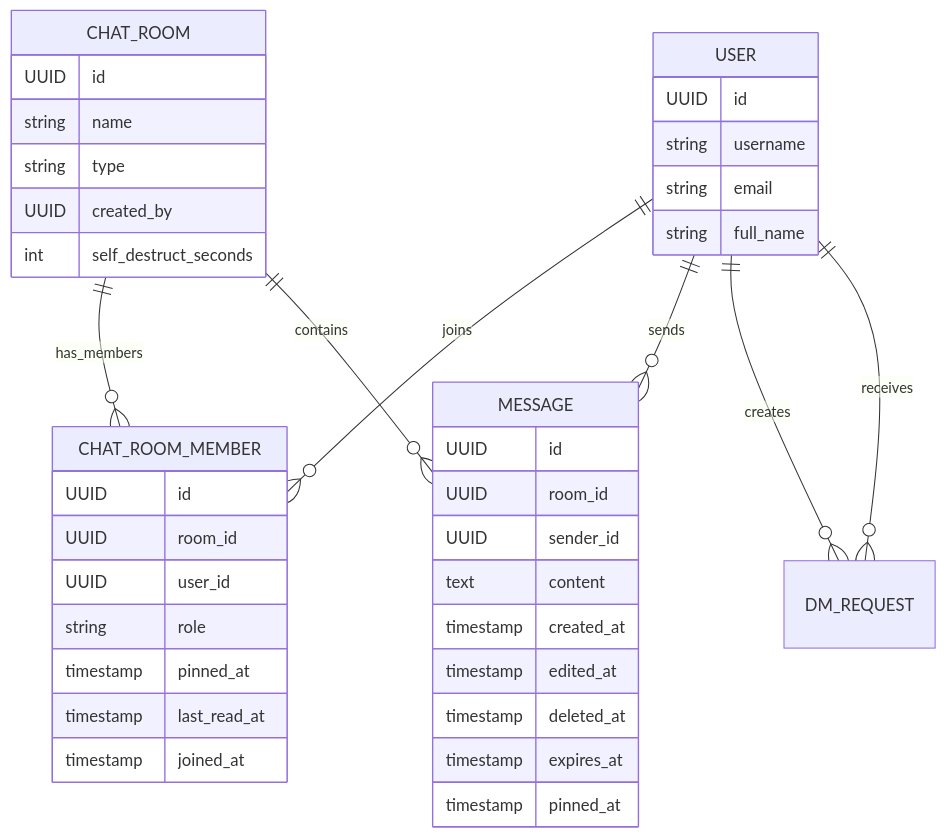
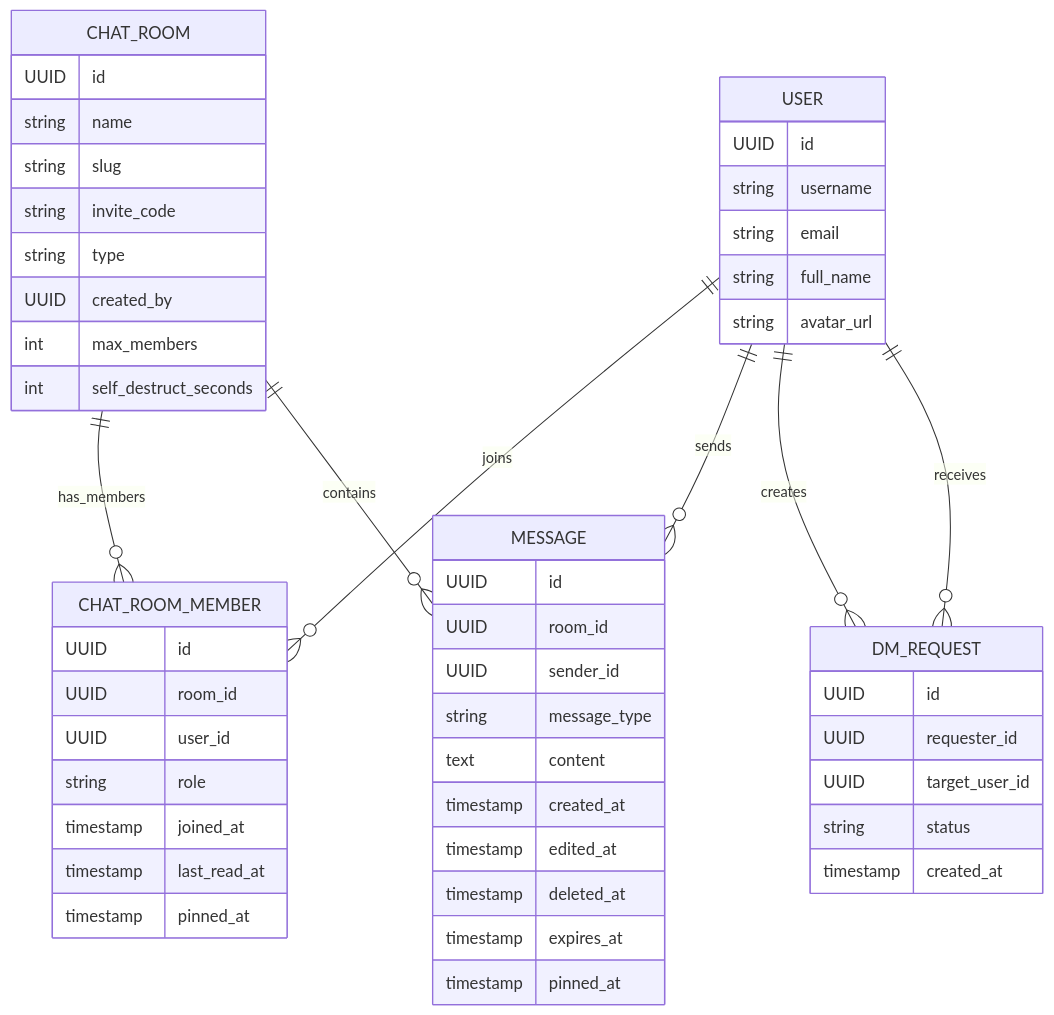
The third of 4 diagrams in ARCHITECTURE.md (NiranjanS8/Whisprly), drawn with Mermaid before and after one commit. The commit also changed other lines of this file, not shown here.

Commit message:
ARCHITECTURE updated

````diff
--- a/ARCHITECTURE.md
+++ b/ARCHITECTURE.md
@@ -79,46 +133,59 @@
 ```mermaid
 erDiagram
     USER ||--o{ CHAT_ROOM_MEMBER : joins
     CHAT_ROOM ||--o{ CHAT_ROOM_MEMBER : has_members
     CHAT_ROOM ||--o{ MESSAGE : contains
     USER ||--o{ MESSAGE : sends
     USER ||--o{ DM_REQUEST : creates
     USER ||--o{ DM_REQUEST : receives
 
     USER {
         UUID id
         string username
         string email
         string full_name
+        string avatar_url
     }
 
     CHAT_ROOM {
         UUID id
         string name
+        string slug
+        string invite_code
         string type
         UUID created_by
+        int max_members
         int self_destruct_seconds
     }
 
     CHAT_ROOM_MEMBER {
         UUID id
         UUID room_id
         UUID user_id
         string role
+        timestamp joined_at
+        timestamp last_read_at
         timestamp pinned_at
-        timestamp last_read_at
-        timestamp joined_at
     }
 
     MESSAGE {
         UUID id
         UUID room_id
         UUID sender_id
+        string message_type
         text content
         timestamp created_at
         timestamp edited_at
         timestamp deleted_at
         timestamp expires_at
         timestamp pinned_at
     }
+
+    DM_REQUEST {
+        UUID id
+        UUID requester_id
+        UUID target_user_id
+        string status
+        timestamp created_at
+    }
 ```
````
